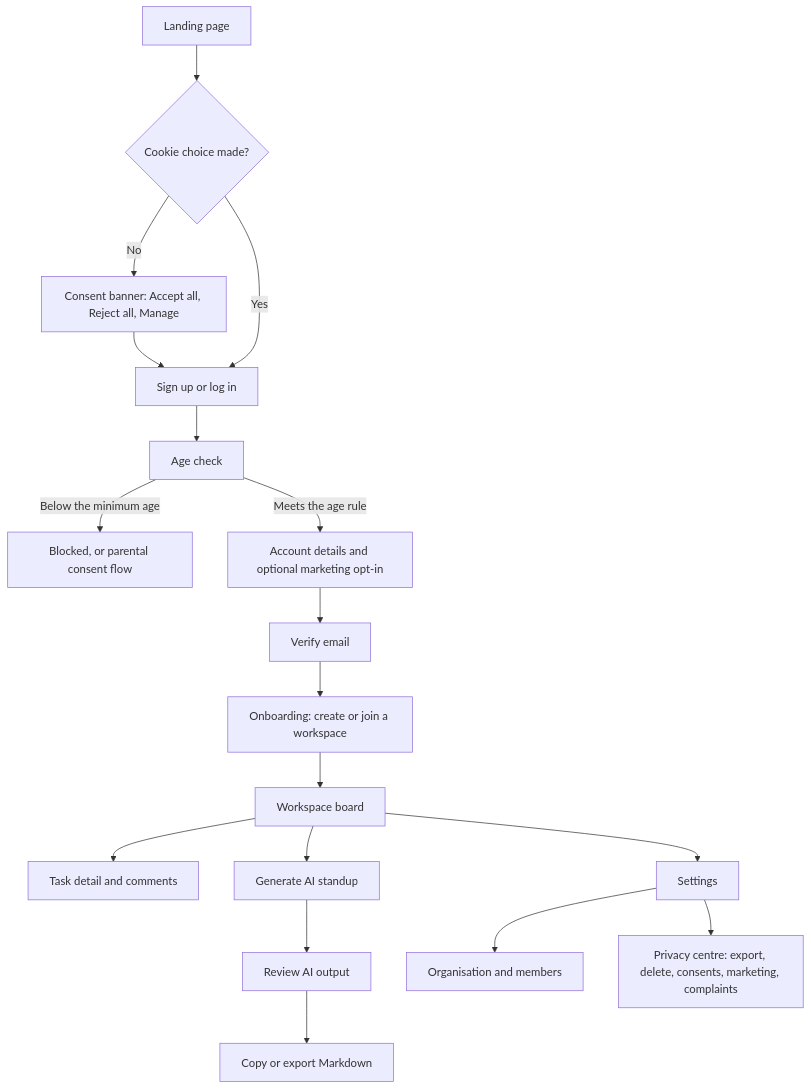
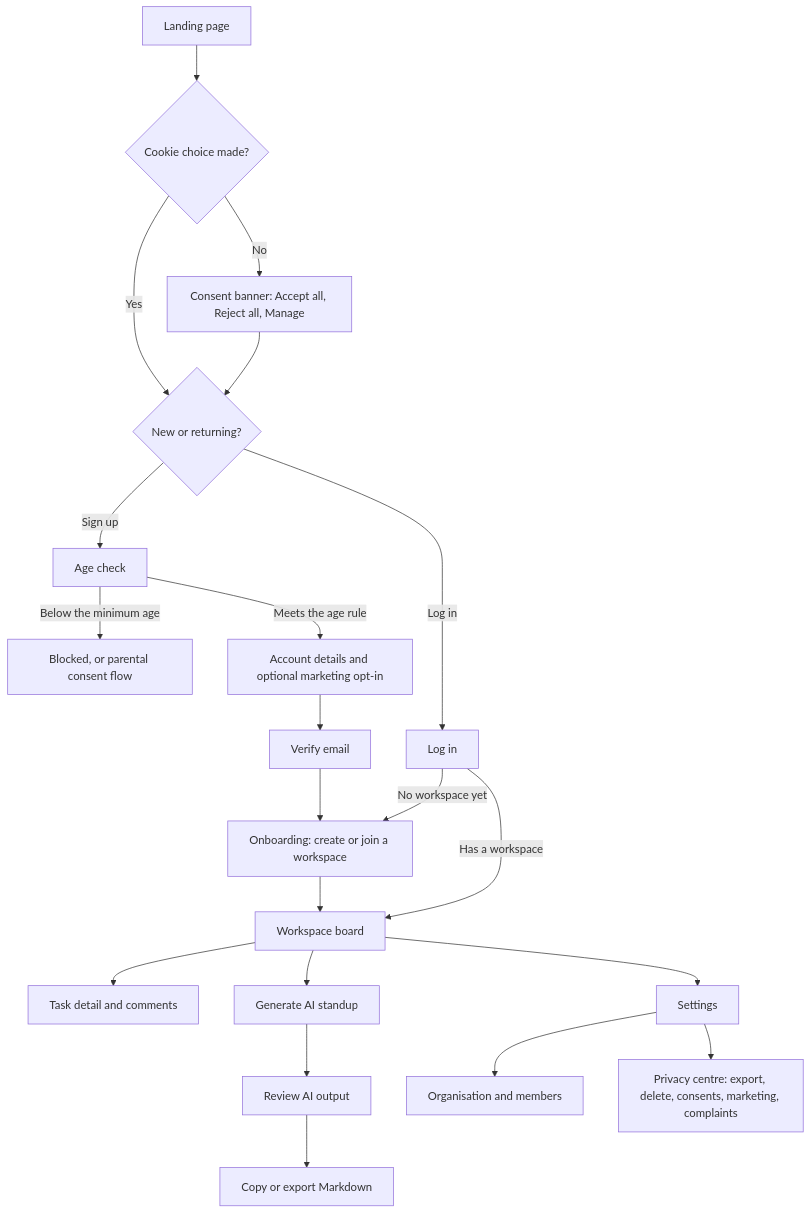
Before and after one commit to bewithkhan/bansat: the first of 2 diagrams in framework/10-experience.md, drawn with Mermaid. The commit also changed other lines of this file and 24 other files, not shown here.

First line of the commit message:
Fixes from review: privacy test, app flow, auth notes, stricter checks

````diff
--- a/framework/10-experience.md
+++ b/framework/10-experience.md
@@ -8,19 +8,22 @@
 ```mermaid
 flowchart TD
   A[Landing page] --> B{Cookie choice made?}
   B -- No --> C[Consent banner: Accept all, Reject all, Manage]
   C --> D
-  B -- Yes --> D[Sign up or log in]
-  D --> E[Age check]
+  B -- Yes --> D{New or returning?}
+  D -- Sign up --> E[Age check]
+  D -- Log in --> D1[Log in]
+  D1 -- Has a workspace --> I[Workspace board]
+  D1 -- No workspace yet --> H[Onboarding: create or join a workspace]
   E -- Below the minimum age --> E1[Blocked, or parental consent flow]
   E -- Meets the age rule --> F[Account details and optional marketing opt-in]
   F --> G[Verify email]
-  G --> H[Onboarding: create or join a workspace]
-  H --> I[Workspace board]
+  G --> H
+  H --> I
   I --> J[Task detail and comments]
   I --> K[Generate AI standup]
   K --> K1[Review AI output] --> K2[Copy or export Markdown]
   I --> L[Settings]
   L --> L1[Organisation and members]
   L --> L2[Privacy centre: export, delete, consents, marketing, complaints]
 ```
````
